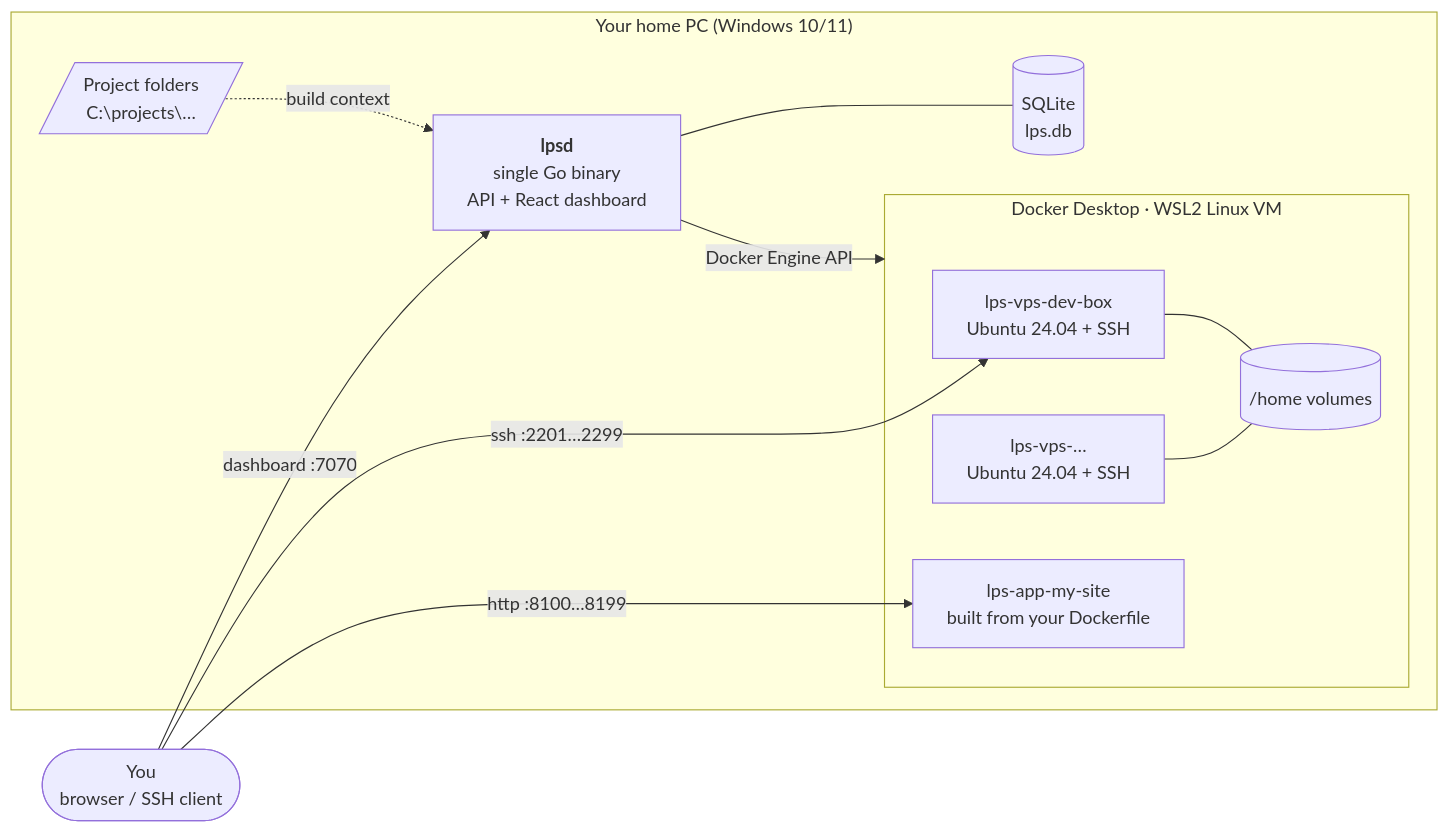
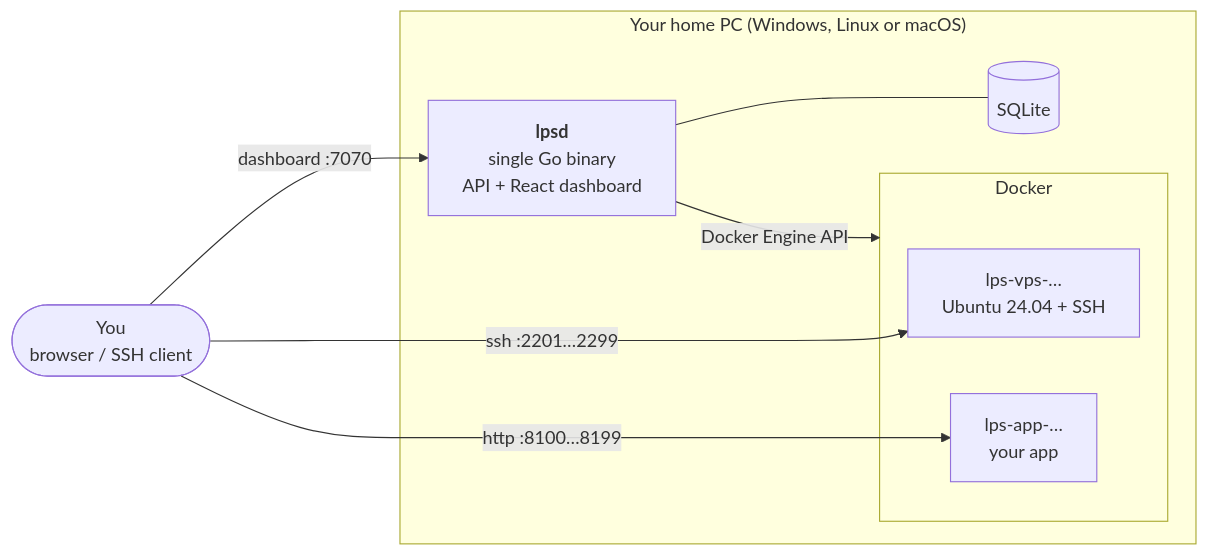
Before and after one commit to AbrarDW/lps: the diagram in README.md, drawn with Mermaid. The commit also changed other lines of this file and 7 other files, not shown here.

````diff
--- a/README.md
+++ b/README.md
@@ -135,25 +38,19 @@
 ```mermaid
 flowchart LR
     you(["You<br/>browser / SSH client"])
 
-    subgraph pc["Your home PC (Windows 10/11)"]
+    subgraph pc["Your home PC (Windows, Linux or macOS)"]
         lpsd["<b>lpsd</b><br/>single Go binary<br/>API + React dashboard"]
-        db[("SQLite<br/>lps.db")]
-        subgraph docker["Docker Desktop · WSL2 Linux VM"]
-            vps1["lps-vps-dev-box<br/>Ubuntu 24.04 + SSH"]
-            vps2["lps-vps-…<br/>Ubuntu 24.04 + SSH"]
-            app1["lps-app-my-site<br/>built from your Dockerfile"]
-            vol[("/home volumes")]
+        db[("SQLite")]
+        subgraph docker["Docker"]
+            vps["lps-vps-…<br/>Ubuntu 24.04 + SSH"]
+            app["lps-app-…<br/>your app"]
         end
-        src[/"Project folders<br/>C:\projects\…"/]
     end
 
     you -- "dashboard :7070" --> lpsd
-    you -- "ssh :2201…2299" --> vps1
-    you -- "http :8100…8199" --> app1
+    you -- "ssh :2201…2299" --> vps
+    you -- "http :8100…8199" --> app
     lpsd --- db
     lpsd -- "Docker Engine API" --> docker
-    src -. "build context" .-> lpsd
-    vps1 --- vol
-    vps2 --- vol
 ```
````
